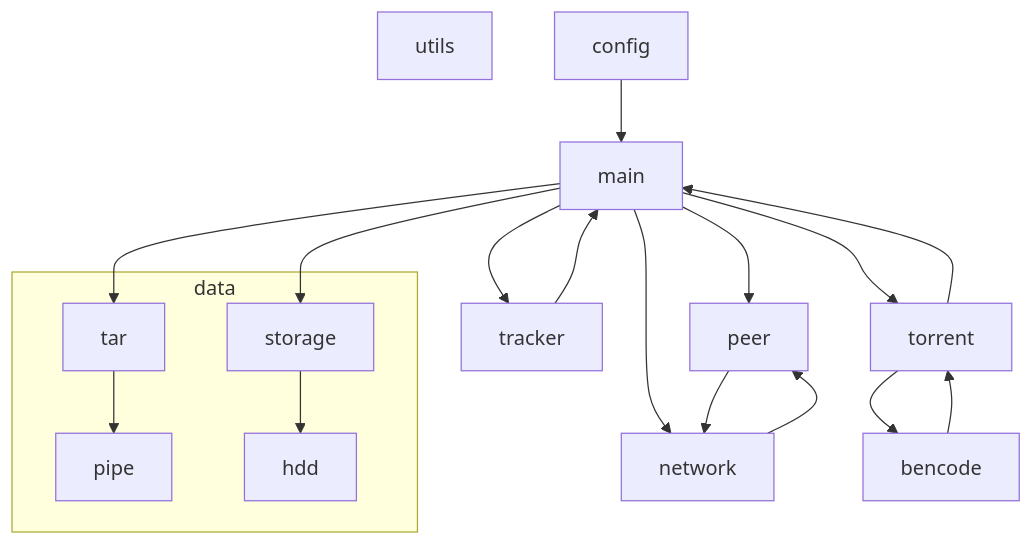
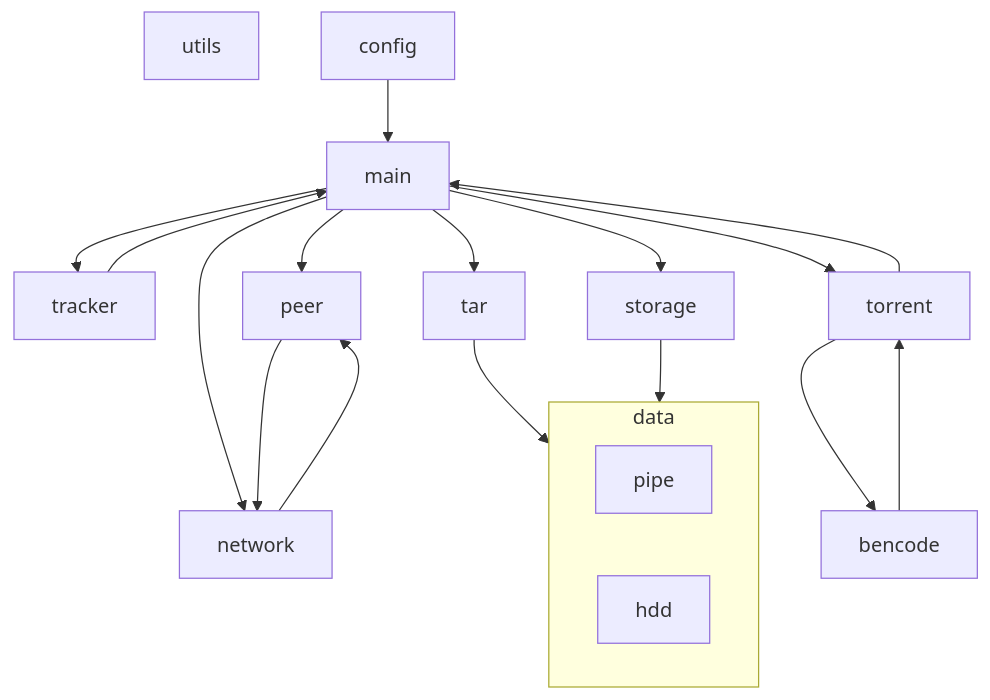
One commit to molnija3d/C-2025-09-EVGENIY-Z changed the diagram in FINAL/README.MD. Above: the diagram before and after it, drawn with Mermaid.

Commit message:
working on markdown

````diff
--- a/FINAL/README.MD
+++ b/FINAL/README.MD
@@ -142,21 +142,23 @@
 ```mermaid
 flowchart TD
  utils
  config --> main
  main --> tracker
  main --> peer
  main --> storage
  main --> tar
  main --> torrent
  main --> network
  tracker --> main
  torrent --> bencode
  torrent --> main
  network --> peer
  peer --> network
  bencode --> torrent
- subgraph data
- tar --> pipe
- storage --> hdd
+ tar --> data
+ storage --> data 
+subgraph data
+ pipe
+ hdd
  end
 ```
````
